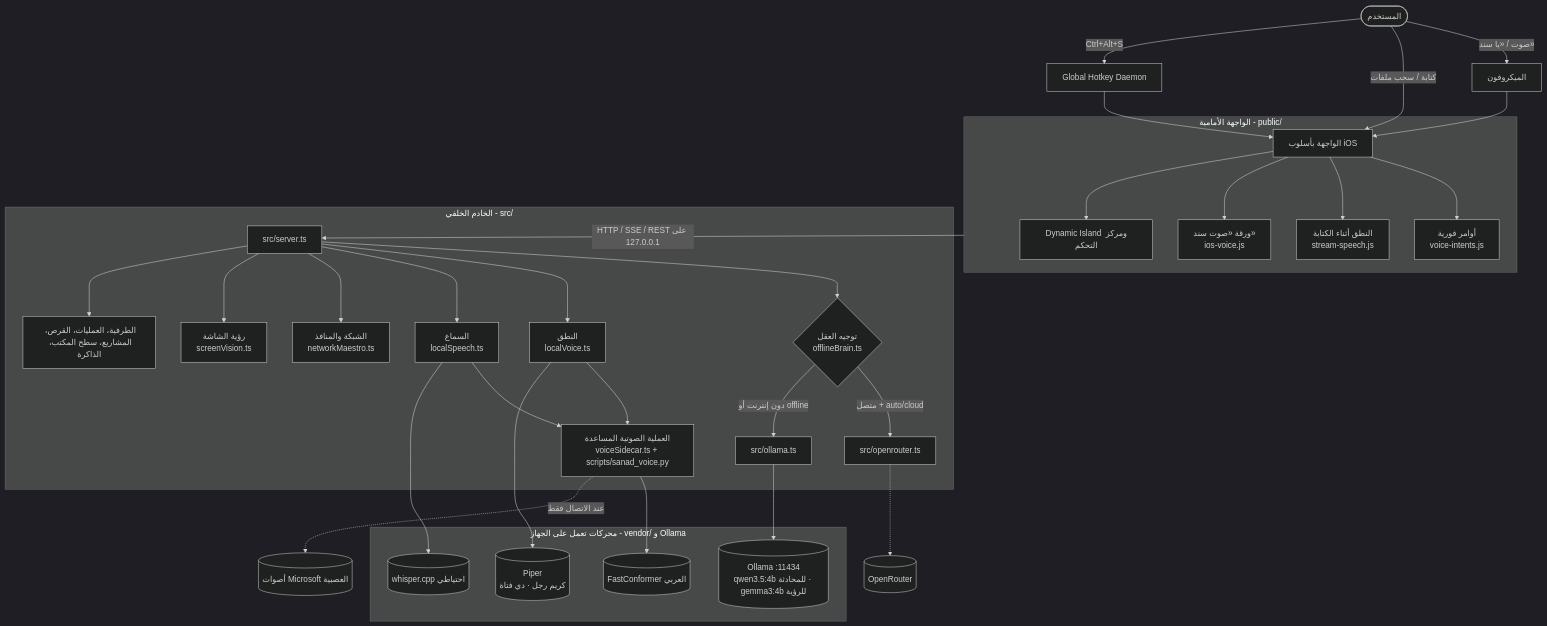
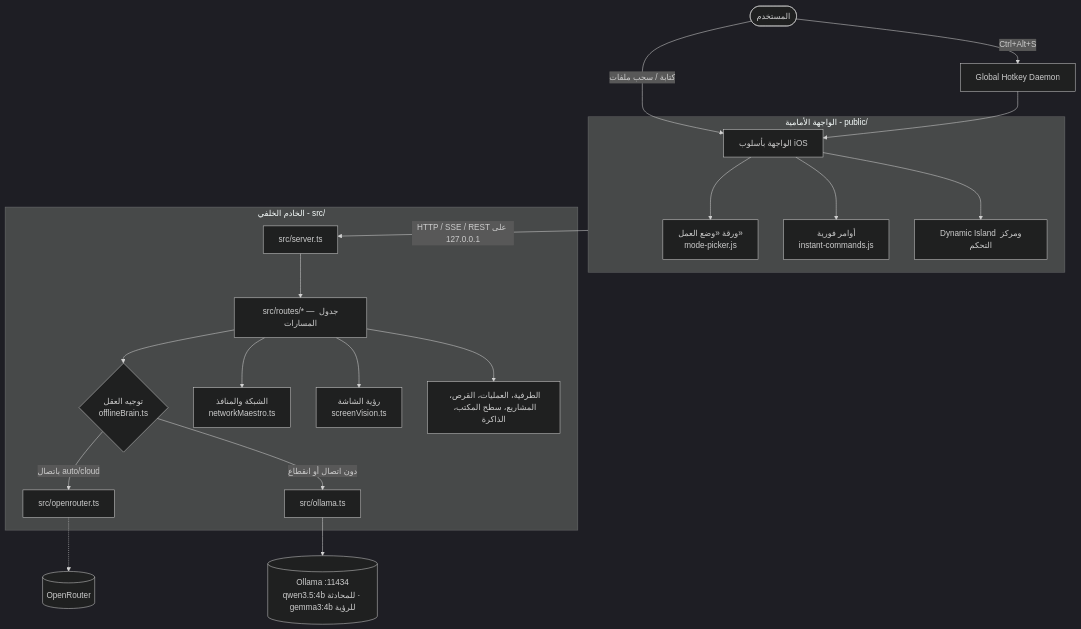
One commit to mmashharawi2021-cell/sanad changed the diagram in ARCHITECTURE.md. Above: the diagram before and after it, drawn with Mermaid (dark theme). The commit also changed other lines of this file and 38 other files, not shown here.

First line of the commit message:
feat: remove voice entirely, add online/offline work-mode picker

````diff
--- a/ARCHITECTURE.md
+++ b/ARCHITECTURE.md
@@ -10,40 +12,27 @@
 ```mermaid
 flowchart TD
-    User([المستخدم]) -->|صوت / «يا سند»| Mic[الميكروفون]
-    User -->|كتابة / سحب ملفات| WebUI[الواجهة بأسلوب iOS]
+    User([المستخدم]) -->|كتابة / سحب ملفات| WebUI[الواجهة بأسلوب iOS]
     User -->|Ctrl+Alt+S| Hotkey[Global Hotkey Daemon]
     Hotkey --> WebUI
-    Mic --> WebUI
 
     subgraph Frontend [الواجهة الأمامية - public/]
-        WebUI --> Intents[أوامر فورية<br/>voice-intents.js]
-        WebUI --> StreamSpeech[النطق أثناء الكتابة<br/>stream-speech.js]
-        WebUI --> VoiceSheet[ورقة «صوت سند»<br/>ios-voice.js]
+        WebUI --> ModePicker[ورقة «وضع العمل»<br/>mode-picker.js]
+        WebUI --> Intents[أوامر فورية<br/>instant-commands.js]
         WebUI --> Island[Dynamic Island ومركز التحكم]
     end
 
     Frontend -->|HTTP / SSE / REST على 127.0.0.1| Server[src/server.ts]
 
     subgraph Backend [الخادم الخلفي - src/]
-        Server --> Router{توجيه العقل<br/>offlineBrain.ts}
-        Router -->|متصل + auto/cloud| OpenRouter[src/openrouter.ts]
-        Router -->|دون إنترنت أو offline| Ollama[src/ollama.ts]
-        Server --> Voice[النطق<br/>localVoice.ts]
-        Server --> Speech[السماع<br/>localSpeech.ts]
-        Voice --> Sidecar[العملية الصوتية المساعدة<br/>voiceSidecar.ts + scripts/sanad_voice.py]
-        Speech --> Sidecar
-        Server --> Net[الشبكة والمنافذ<br/>networkMaestro.ts]
-        Server --> Vision[رؤية الشاشة<br/>screenVision.ts]
-        Server --> Tools[الطرفية، العمليات، القرص، المشاريع، سطح المكتب، الذاكرة]
+        Server --> Routes[src/routes/* — جدول المسارات]
+        Routes --> Router{توجيه العقل<br/>offlineBrain.ts}
+        Router -->|باتصال auto/cloud| OpenRouter[src/openrouter.ts]
+        Router -->|دون اتصال أو انقطاع| Ollama[src/ollama.ts]
+        Routes --> Net[الشبكة والمنافذ<br/>networkMaestro.ts]
+        Routes --> Vision[رؤية الشاشة<br/>screenVision.ts]
+        Routes --> Tools[الطرفية، العمليات، القرص، المشاريع، سطح المكتب، الذاكرة]
     end
 
-    subgraph Local [محركات تعمل على الجهاز - vendor/ و Ollama]
-        Ollama --> OllamaD[(Ollama :11434<br/>qwen3.5:4b للمحادثة · gemma3:4b للرؤية)]
-        Voice --> Piper[(Piper<br/>كريم رجل · دي فتاة)]
-        Speech --> Whisper[(whisper.cpp احتياطي)]
-        Sidecar --> FC[(FastConformer العربي)]
-    end
-
-    Sidecar -.->|عند الاتصال فقط| Neural[(أصوات Microsoft العصبية)]
+    Ollama --> OllamaD[(Ollama :11434<br/>qwen3.5:4b للمحادثة · gemma3:4b للرؤية)]
     OpenRouter -.-> Cloud[(OpenRouter)]
 ```
````
